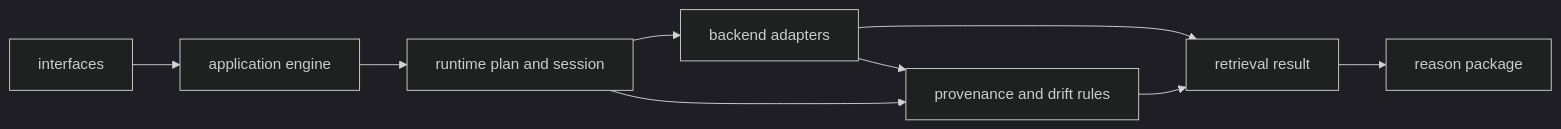
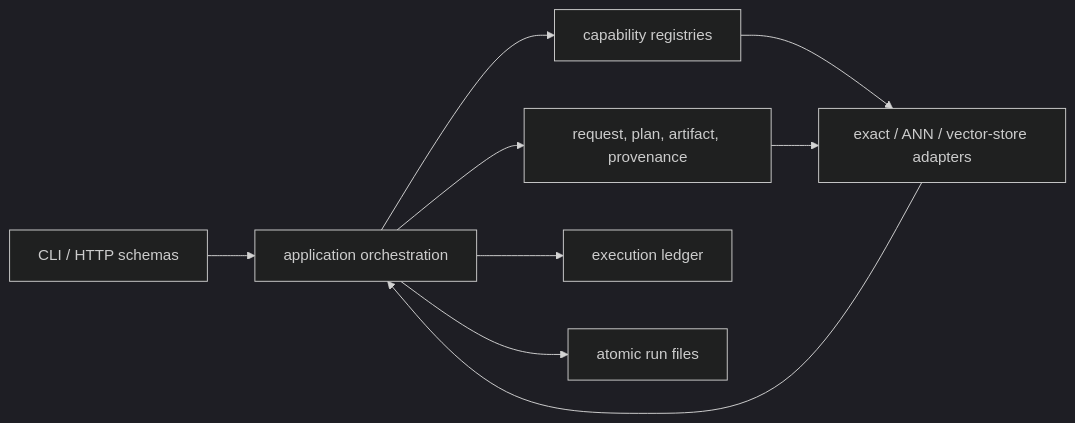
The first of 2 diagrams in docs/03-bijux-canon-index/architecture/index.md (bijux/bijux-canon), drawn with Mermaid (dark theme) before and after one commit. The commit also changed other lines of this file and 3 other files, not shown here.

````diff
--- a/docs/03-bijux-canon-index/architecture/index.md
+++ b/docs/03-bijux-canon-index/architecture/index.md
@@ -21,14 +19,17 @@
 ```mermaid
 flowchart LR
-    interfaces["interfaces"]
-    application["application engine"]
-    core["runtime plan and session"]
-    infra["backend adapters"]
-    domain["provenance and drift rules"]
-    result["retrieval result"]
-    reason["reason package"]
+    edge["CLI / HTTP schemas"]
+    orchestration["application orchestration"]
+    domain["request, plan, artifact, provenance"]
+    registry["capability registries"]
+    backend["exact / ANN / vector-store adapters"]
+    ledger["execution ledger"]
+    runs["atomic run files"]
 
-    interfaces --> application --> core --> infra --> result --> reason
-    core --> domain --> result
-    infra --> domain
+    edge --> orchestration --> domain
+    orchestration --> registry --> backend
+    domain --> backend
+    backend --> orchestration
+    orchestration --> ledger
+    orchestration --> runs
 ```
````
